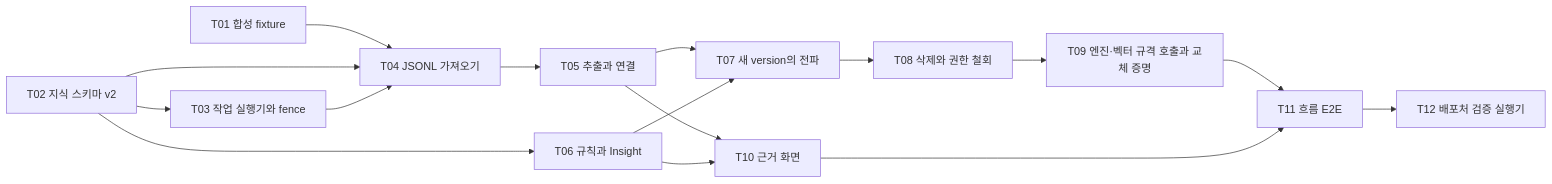
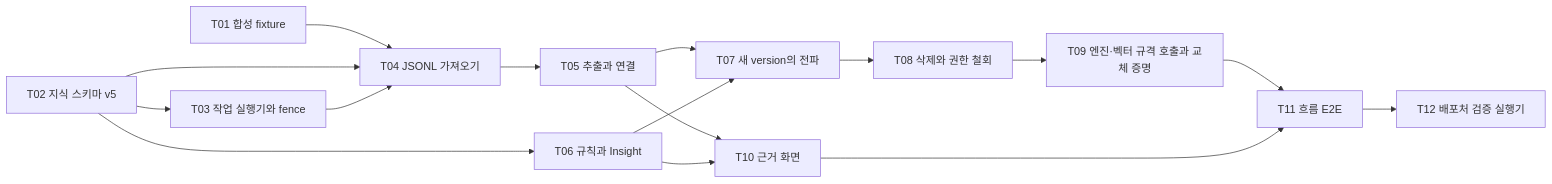
Before and after one commit to nohdol97/PKI: the second of 2 diagrams in docs/specs/2026-11-21-V02-vertical-slice.md, drawn with Mermaid. The commit also changed other lines of this file and 17 other files, not shown here.

````diff
--- a/docs/specs/2026-11-21-V02-vertical-slice.md
+++ b/docs/specs/2026-11-21-V02-vertical-slice.md
@@ -136,18 +136,18 @@
 ```mermaid
 flowchart LR
   T01["T01 합성 fixture"] --> T04["T04 JSONL 가져오기"]
-  T02["T02 지식 스키마 v2"] --> T03["T03 작업 실행기와 fence"]
+  T02["T02 지식 스키마 v5"] --> T03["T03 작업 실행기와 fence"]
   T02 --> T04
   T03 --> T04
   T04 --> T05["T05 추출과 연결"]
   T02 --> T06["T06 규칙과 Insight"]
   T05 --> T07["T07 새 version의 전파"]
   T06 --> T07
   T07 --> T08["T08 삭제와 권한 철회"]
   T08 --> T09["T09 엔진·벡터 규격 호출과 교체 증명"]
   T05 --> T10["T10 근거 화면"]
   T06 --> T10
   T09 --> T11["T11 흐름 E2E"]
   T10 --> T11
   T11 --> T12["T12 배포처 검증 실행기"]
 ```
````
